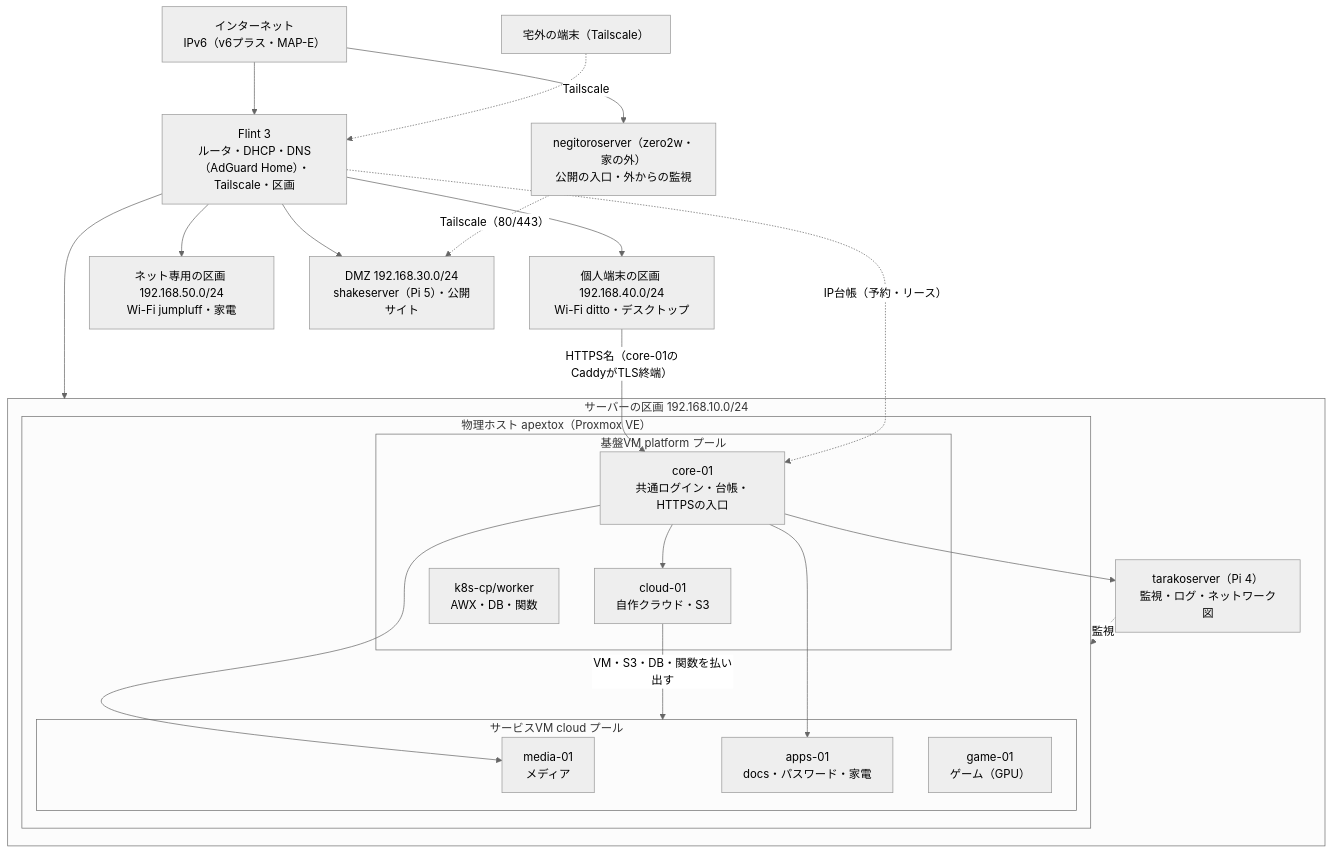
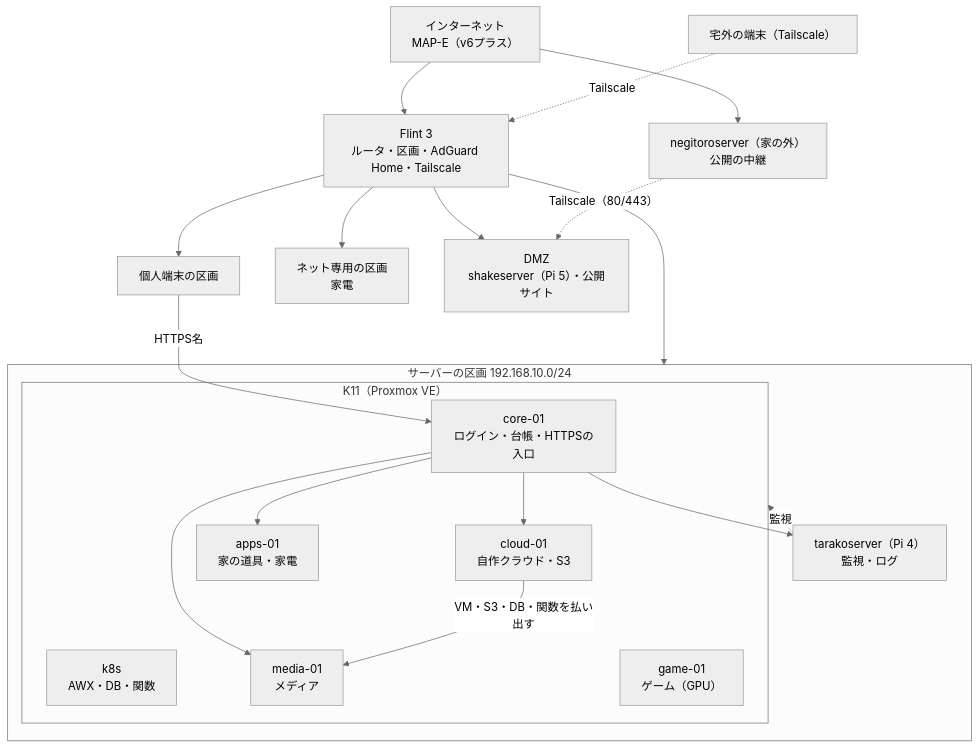
Before and after one commit to rurutheGeek/shake-cloud: the diagram in docs/architecture/overview.md, drawn with Mermaid (neutral theme). The commit also changed other lines of this file and 2 other files, not shown here.

````diff
--- a/docs/architecture/overview.md
+++ b/docs/architecture/overview.md
@@ -29,43 +28,38 @@
 ```mermaid
 flowchart TB
-  internet["インターネット<br/>IPv6（v6プラス・MAP-E）"]
+  internet["インターネット<br/>MAP-E（v6プラス）"]
   remote["宅外の端末（Tailscale）"]
-  relay["negitoroserver（zero2w・家の外）<br/>公開の入口・外からの監視"]
-  router["Flint 3<br/>ルータ・DHCP・DNS（AdGuard Home）・Tailscale・区画"]
+  relay["negitoroserver（家の外）<br/>公開の中継"]
+  router["Flint 3<br/>ルータ・区画・AdGuard Home・Tailscale"]
 
   subgraph server["サーバーの区画 192.168.10.0/24"]
-    subgraph host["物理ホスト apextox（Proxmox VE）"]
-      subgraph infra["基盤VM platform プール"]
-        core01["core-01<br/>共通ログイン・台帳・HTTPSの入口"]
-        cloud01["cloud-01<br/>自作クラウド・S3"]
-        k8s["k8s-cp/worker<br/>AWX・DB・関数"]
-      end
-      subgraph svcpool["サービスVM cloud プール"]
-        media["media-01<br/>メディア"]
-        apps["apps-01<br/>docs・パスワード・家電"]
-        game["game-01<br/>ゲーム（GPU）"]
-      end
+    subgraph host["K11（Proxmox VE）"]
+      core01["core-01<br/>ログイン・台帳・HTTPSの入口"]
+      cloud01["cloud-01<br/>自作クラウド・S3"]
+      k8s["k8s<br/>AWX・DB・関数"]
+      media["media-01<br/>メディア"]
+      apps["apps-01<br/>家の道具・家電"]
+      game["game-01<br/>ゲーム（GPU）"]
     end
-    taraco["tarakoserver（Pi 4）<br/>監視・ログ・ネットワーク図"]
+    taraco["tarakoserver（Pi 4）<br/>監視・ログ"]
   end
-  personal["個人端末の区画 192.168.40.0/24<br/>Wi-Fi ditto・デスクトップ"]
-  iot["ネット専用の区画 192.168.50.0/24<br/>Wi-Fi jumpluff・家電"]
-  dmz["DMZ 192.168.30.0/24<br/>shakeserver（Pi 5）・公開サイト"]
+  personal["個人端末の区画"]
+  iot["ネット専用の区画<br/>家電"]
+  dmz["DMZ<br/>shakeserver（Pi 5）・公開サイト"]
 
   internet --> router
   router --> server
   router --> personal
   router --> iot
   router --> dmz
   remote -. Tailscale .-> router
   internet --> relay
   relay -. "Tailscale（80/443）" .-> dmz
-  personal -- "HTTPS名（core-01のCaddyがTLS終端）" --> core01
+  personal -- "HTTPS名" --> core01
   core01 --> apps
   core01 --> media
   core01 --> taraco
   core01 --> cloud01
-  cloud01 -- "VM・S3・DB・関数を払い出す" --> svcpool
+  cloud01 -- "VM・S3・DB・関数を払い出す" --> media
   taraco -. "監視" .-> host
-  router -. "IP台帳（予約・リース）" .-> core01
 ```
````
